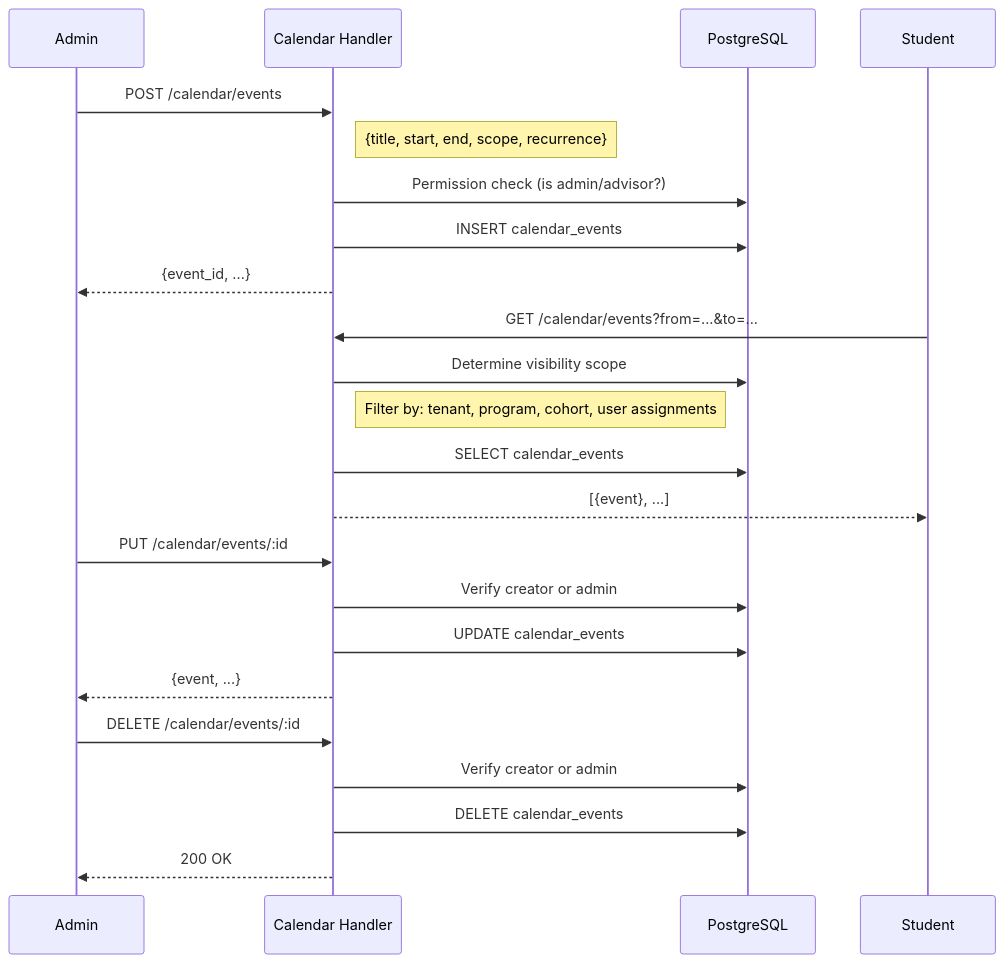
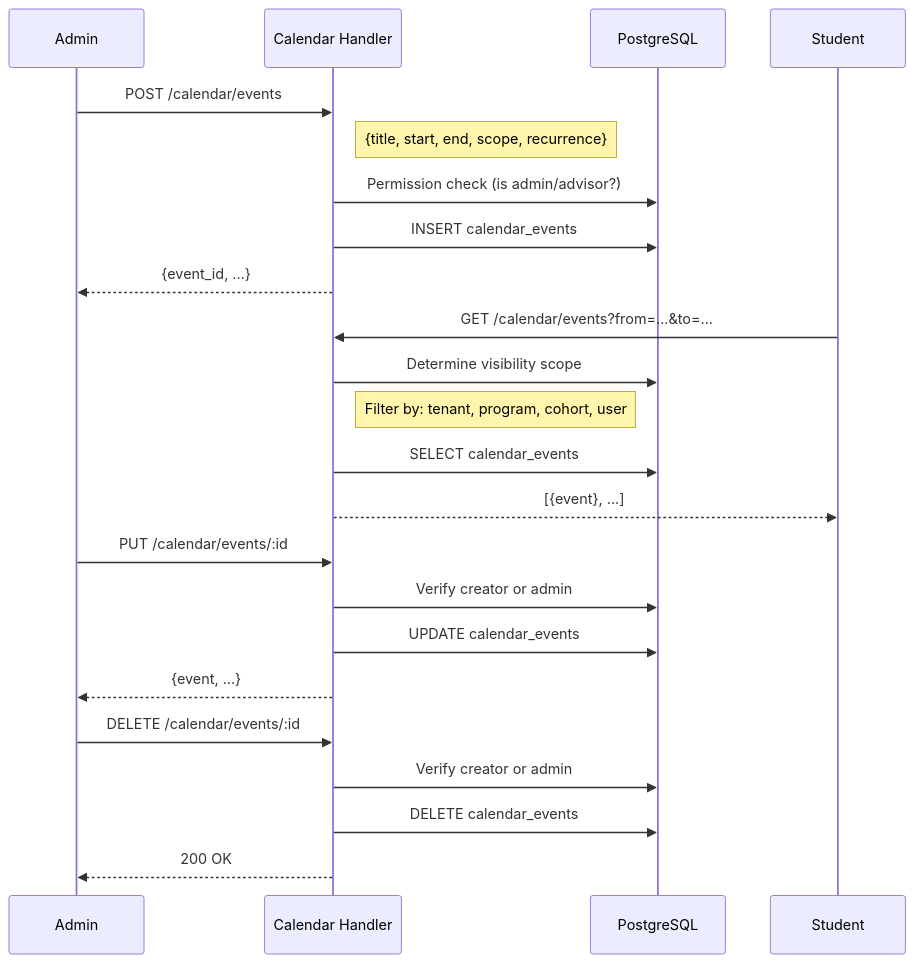
The fourth of 10 diagrams in docs/flow_diagrams.md (AlmatJuvashev/phd-students-portal), drawn with Mermaid before and after one commit. The commit also changed other lines of this file and 20 other files, not shown here.

Commit message:
docs: Add rendered PNG images for flow diagrams

````diff
--- a/docs/flow_diagrams.md
+++ b/docs/flow_diagrams.md
@@ -174,33 +167,29 @@
 ```mermaid
 sequenceDiagram
     participant A as Admin
     participant API as Calendar Handler
     participant DB as PostgreSQL
     participant S as Student
 
-    %% Create Event
     A->>API: POST /calendar/events
     Note right of API: {title, start, end, scope, recurrence}
     API->>DB: Permission check (is admin/advisor?)
     API->>DB: INSERT calendar_events
     API-->>A: {event_id, ...}
     
-    %% List Events (Student)
     S->>API: GET /calendar/events?from=...&to=...
     API->>DB: Determine visibility scope
-    Note right of API: Filter by: tenant, program, cohort, user assignments
+    Note right of API: Filter by: tenant, program, cohort, user
     API->>DB: SELECT calendar_events
     API-->>S: [{event}, ...]
     
-    %% Update Event
     A->>API: PUT /calendar/events/:id
     API->>DB: Verify creator or admin
     API->>DB: UPDATE calendar_events
     API-->>A: {event, ...}
     
-    %% Delete Event
     A->>API: DELETE /calendar/events/:id
     API->>DB: Verify creator or admin
     API->>DB: DELETE calendar_events
     API-->>A: 200 OK
 ```
````
